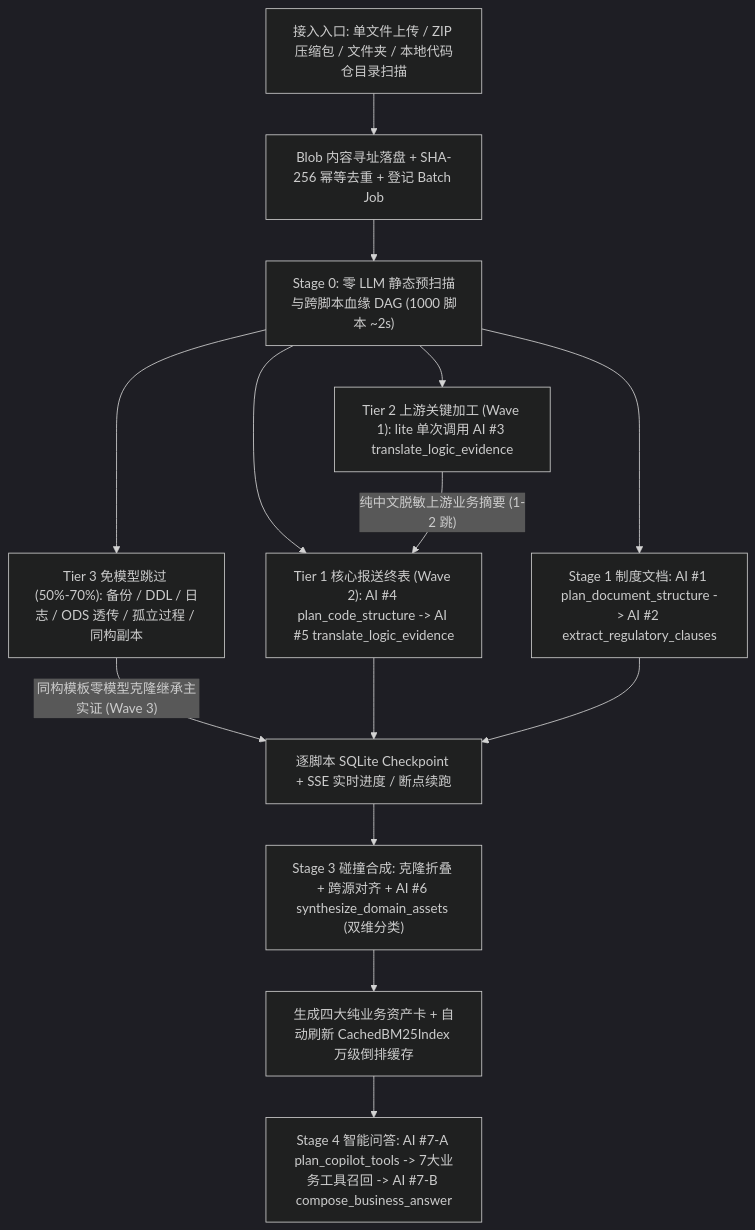
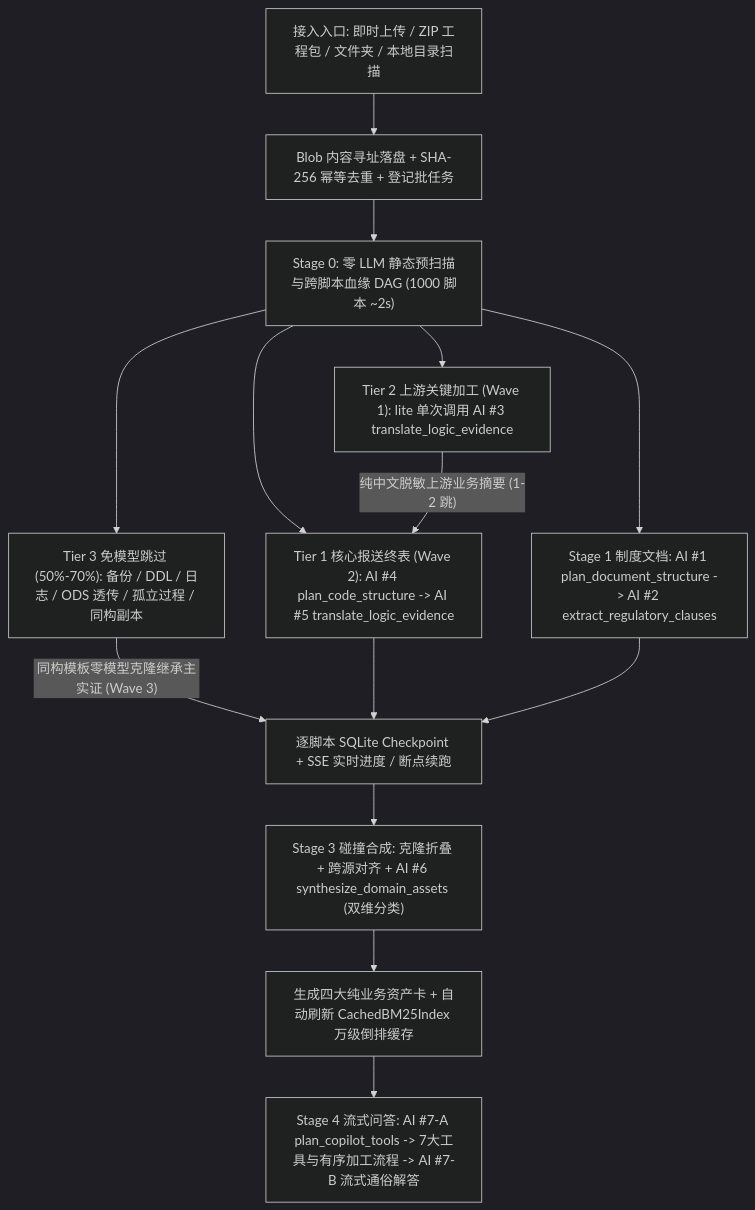
Before and after one commit to shawhang0336-blip/data-biz-copilot: the diagram in README.md, drawn with Mermaid (dark theme). The commit also changed other lines of this file, not shown here.

Commit message:
docs(readme): document current product interface, architecture, and test baseline

````diff
--- a/README.md
+++ b/README.md
@@ -28,19 +44,19 @@
 ```mermaid
 flowchart TD
-    IN["接入入口: 单文件上传 / ZIP 压缩包 / 文件夹 / 本地代码仓目录扫描"] --> STG["Blob 内容寻址落盘 + SHA-256 幂等去重 + 登记 Batch Job"]
+    IN["接入入口: 即时上传 / ZIP 工程包 / 文件夹 / 本地目录扫描"] --> STG["Blob 内容寻址落盘 + SHA-256 幂等去重 + 登记批任务"]
     STG --> S0["Stage 0: 零 LLM 静态预扫描与跨脚本血缘 DAG (1000 脚本 ~2s)"]
 
     S0 --> T3["Tier 3 免模型跳过 (50%-70%): 备份 / DDL / 日志 / ODS 透传 / 孤立过程 / 同构副本"]
     S0 --> T2["Tier 2 上游关键加工 (Wave 1): lite 单次调用 AI #3 translate_logic_evidence"]
     S0 --> T1["Tier 1 核心报送终表 (Wave 2): AI #4 plan_code_structure -> AI #5 translate_logic_evidence"]
     S0 --> DOC["Stage 1 制度文档: AI #1 plan_document_structure -> AI #2 extract_regulatory_clauses"]
 
     T2 -->|"纯中文脱敏上游业务摘要 (1-2 跳)"| T1
     T3 -->|"同构模板零模型克隆继承主实证 (Wave 3)"| CK["逐脚本 SQLite Checkpoint + SSE 实时进度 / 断点续跑"]
     T1 --> CK
     DOC --> CK
 
     CK --> S3["Stage 3 碰撞合成: 克隆折叠 + 跨源对齐 + AI #6 synthesize_domain_assets (双维分类)"]
     S3 --> IDX["生成四大纯业务资产卡 + 自动刷新 CachedBM25Index 万级倒排缓存"]
-    IDX --> S4["Stage 4 智能问答: AI #7-A plan_copilot_tools -> 7大业务工具召回 -> AI #7-B compose_business_answer"]
+    IDX --> S4["Stage 4 流式问答: AI #7-A plan_copilot_tools -> 7大工具与有序加工流程 -> AI #7-B 流式通俗解答"]
 ```
````
